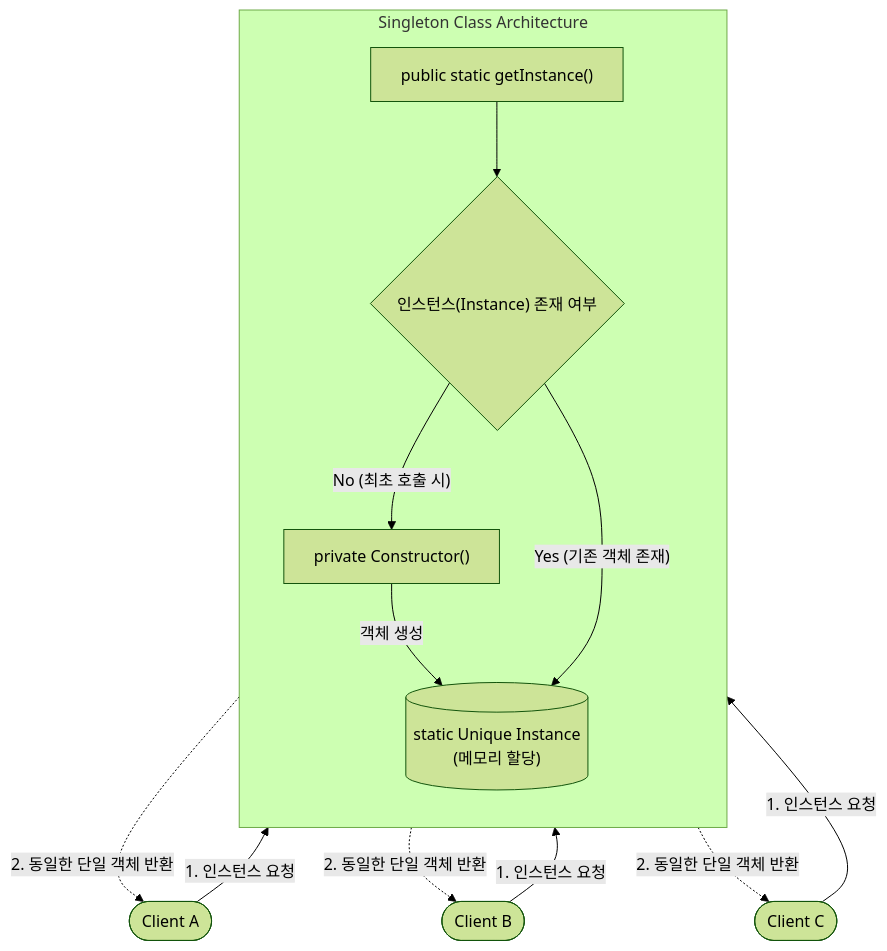
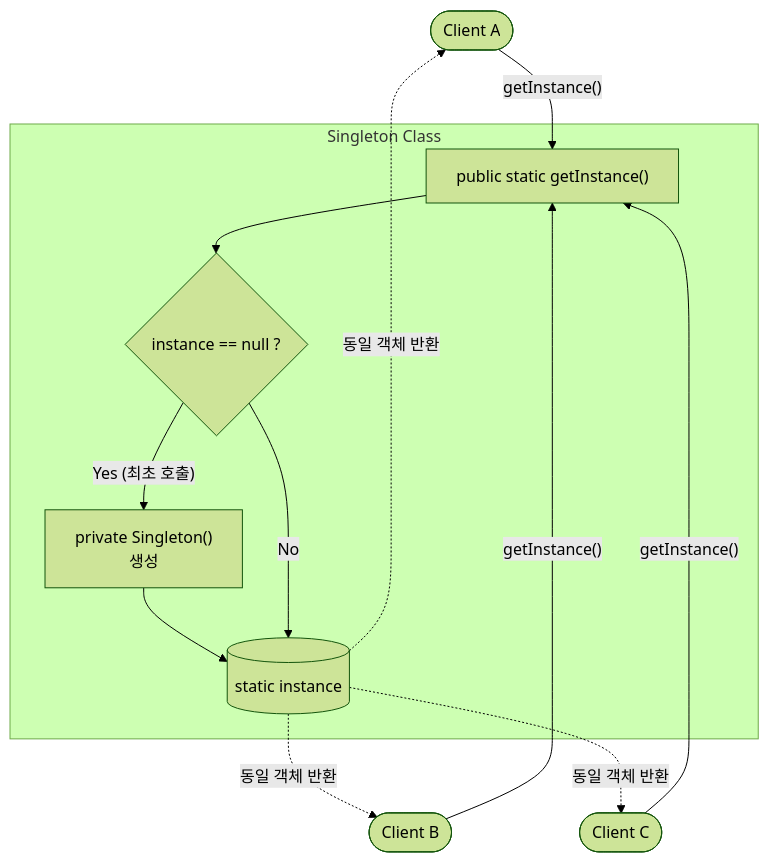
The diagram in content/01_IT Tech/Singleton (전역 인스턴스).md (supremethumb/supremethumb.github.io), drawn with Mermaid (forest theme) before and after one commit. The commit also changed other lines of this file and 1087 other files, not shown here.

````diff
--- a/content/01_IT Tech/Singleton (전역 인스턴스).md
+++ b/content/01_IT Tech/Singleton (전역 인스턴스).md
@@ -23,28 +37,10 @@
 ```mermaid
 flowchart TB
-    Caller1([Client A])
-    Caller2([Client B])
-    Caller3([Client C])
-
-    subgraph Singleton_Class ["Singleton Class Architecture"]
-        direction TB
-        Access["public static getInstance()"]
-        Check{"인스턴스(Instance) 존재 여부"}
-        Constructor["private Constructor()"]
-        Memory[("static Unique Instance\n(메모리 할당)")]
-        
-        Access --> Check
-        Check -- "No (최초 호출 시)" --> Constructor
-        Constructor --> |"객체 생성"| Memory
-        Check -- "Yes (기존 객체 존재)" --> Memory
+    A([Client A]) & B([Client B]) & C([Client C]) -->|"getInstance()"| Access["public static getInstance()"]
+    subgraph Singleton["Singleton Class"]
+        Access --> Check{"instance == null ?"}
+        Check -- "Yes (최초 호출)" --> Ctor["private Singleton()<br/>생성"] --> Inst[("static instance")]
+        Check -- "No" --> Inst
     end
-
-    Caller1 -->|1. 인스턴스 요청| Access
-    Caller2 -->|1. 인스턴스 요청| Access
-    Caller3 -->|1. 인스턴스 요청| Access
-    
-    Memory -.->|"2. 동일한 단일 객체 반환"| Caller1
-    Memory -.->|"2. 동일한 단일 객체 반환"| Caller2
-    Memory -.->|"2. 동일한 단일 객체 반환"| Caller3
-
+    Inst -. "동일 객체 반환" .-> A & B & C
 ```
````
